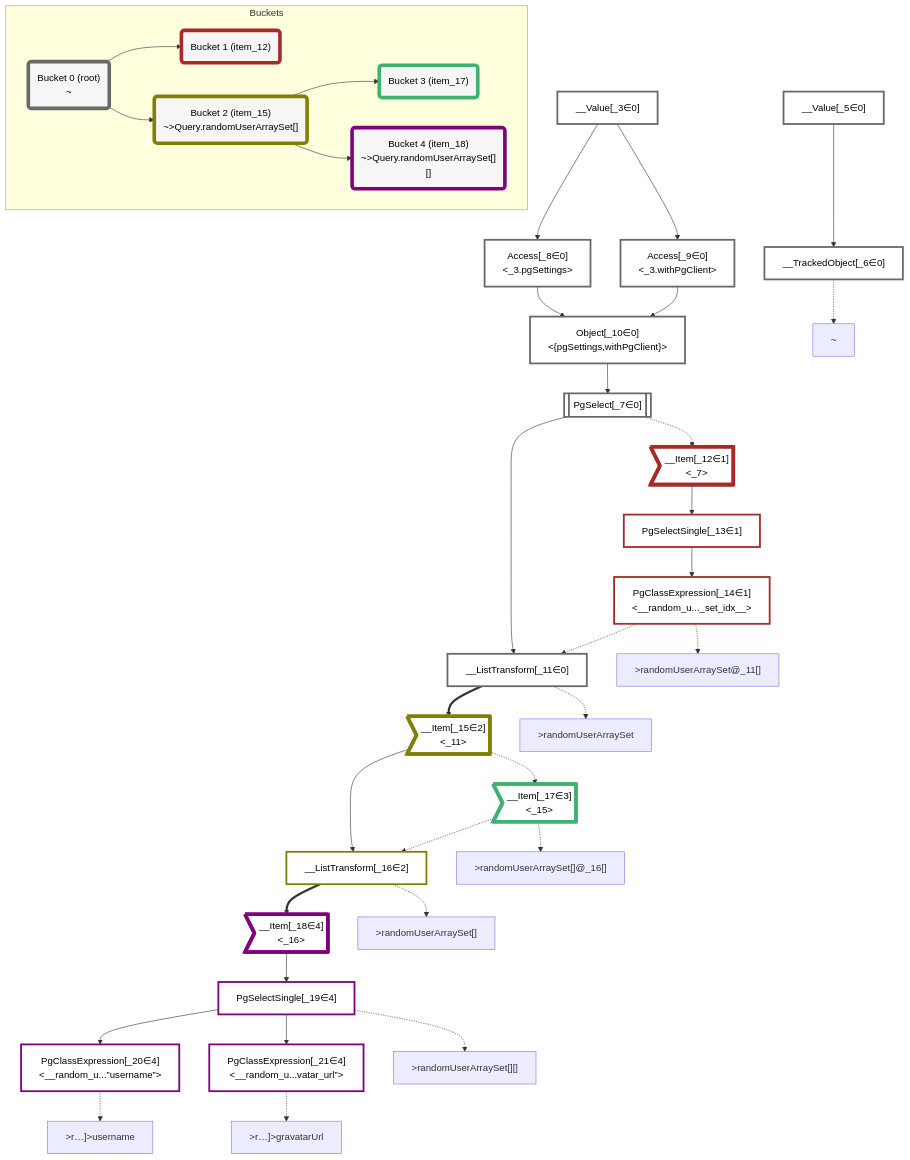
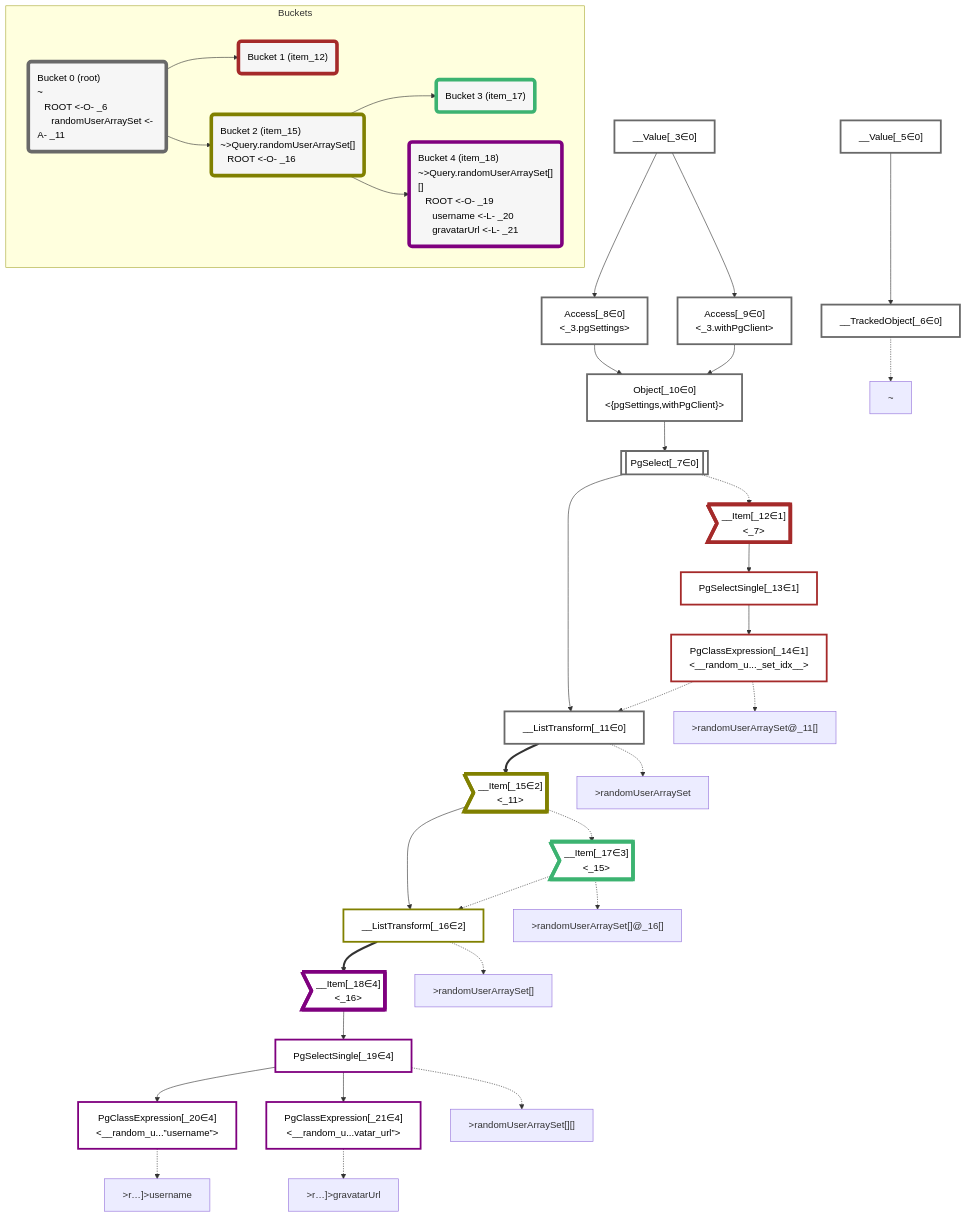
One commit to graphile/crystal changed the diagram in packages/dataplan-pg/__tests__/queries/functions/custom-query-random-user-array-set.mermaid.md. Above: the diagram before and after it, drawn with Mermaid. The commit also changed 195 other files, not shown here.

```diff
--- a/packages/dataplan-pg/__tests__/queries/functions/custom-query-random-user-array-set.mermaid.md
+++ b/packages/dataplan-pg/__tests__/queries/functions/custom-query-random-user-array-set.mermaid.md
@@ -4,7 +4,7 @@
     classDef plan fill:#fff,stroke-width:3px,color:#000
     classDef itemplan fill:#fff,stroke-width:6px,color:#000
     classDef sideeffectplan fill:#f00,stroke-width:6px,color:#000
-    classDef bucket fill:#f6f6f6,color:#000,stroke-width:6px
+    classDef bucket fill:#f6f6f6,color:#000,stroke-width:6px,text-align:left
 
 
     %% define plans
@@ -79,18 +79,18 @@
     class __Item_18,PgSelectSingle_19,PgClassExpression_20,PgClassExpression_21 bucket4
 
     subgraph Buckets
-    Bucket0("Bucket 0 (root)<br />~"):::bucket
+    Bucket0("Bucket 0 (root)<br />~<br />⠀ROOT <-O- _6<br />⠀⠀randomUserArraySet <-A- _11"):::bucket
     style Bucket0 stroke:#696969
     Bucket1("Bucket 1 (item_12)"):::bucket
     style Bucket1 stroke:#a52a2a
     Bucket0 --> Bucket1
-    Bucket2("Bucket 2 (item_15)<br />~>Query.randomUserArraySet[]"):::bucket
+    Bucket2("Bucket 2 (item_15)<br />~>Query.randomUserArraySet[]<br />⠀ROOT <-O- _16"):::bucket
     style Bucket2 stroke:#808000
     Bucket0 --> Bucket2
     Bucket3("Bucket 3 (item_17)"):::bucket
     style Bucket3 stroke:#3cb371
     Bucket2 --> Bucket3
-    Bucket4("Bucket 4 (item_18)<br />~>Query.randomUserArraySet[][]"):::bucket
+    Bucket4("Bucket 4 (item_18)<br />~>Query.randomUserArraySet[][]<br />⠀ROOT <-O- _19<br />⠀⠀username <-L- _20<br />⠀⠀gravatarUrl <-L- _21"):::bucket
     style Bucket4 stroke:#7f007f
     Bucket2 --> Bucket4
     end
```
